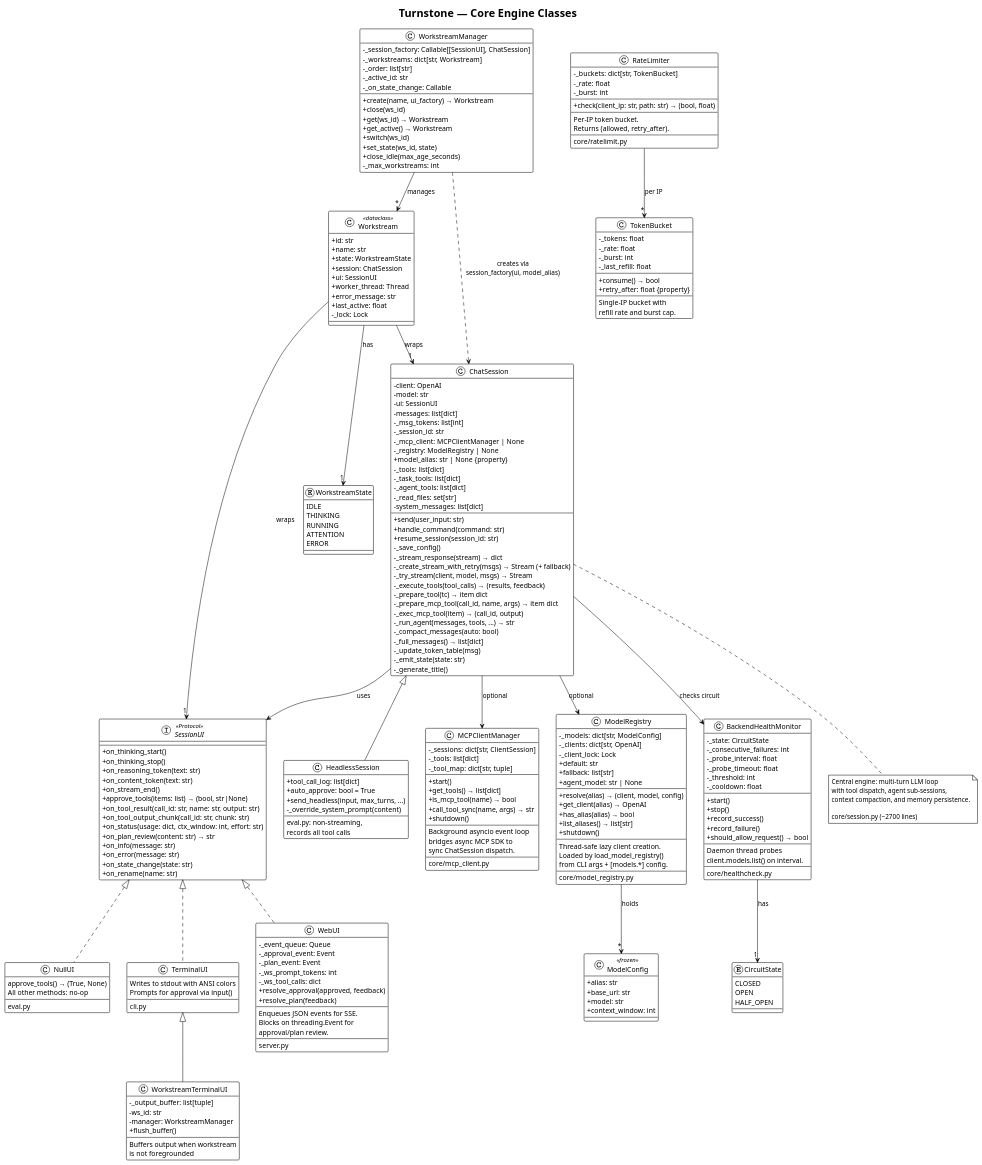
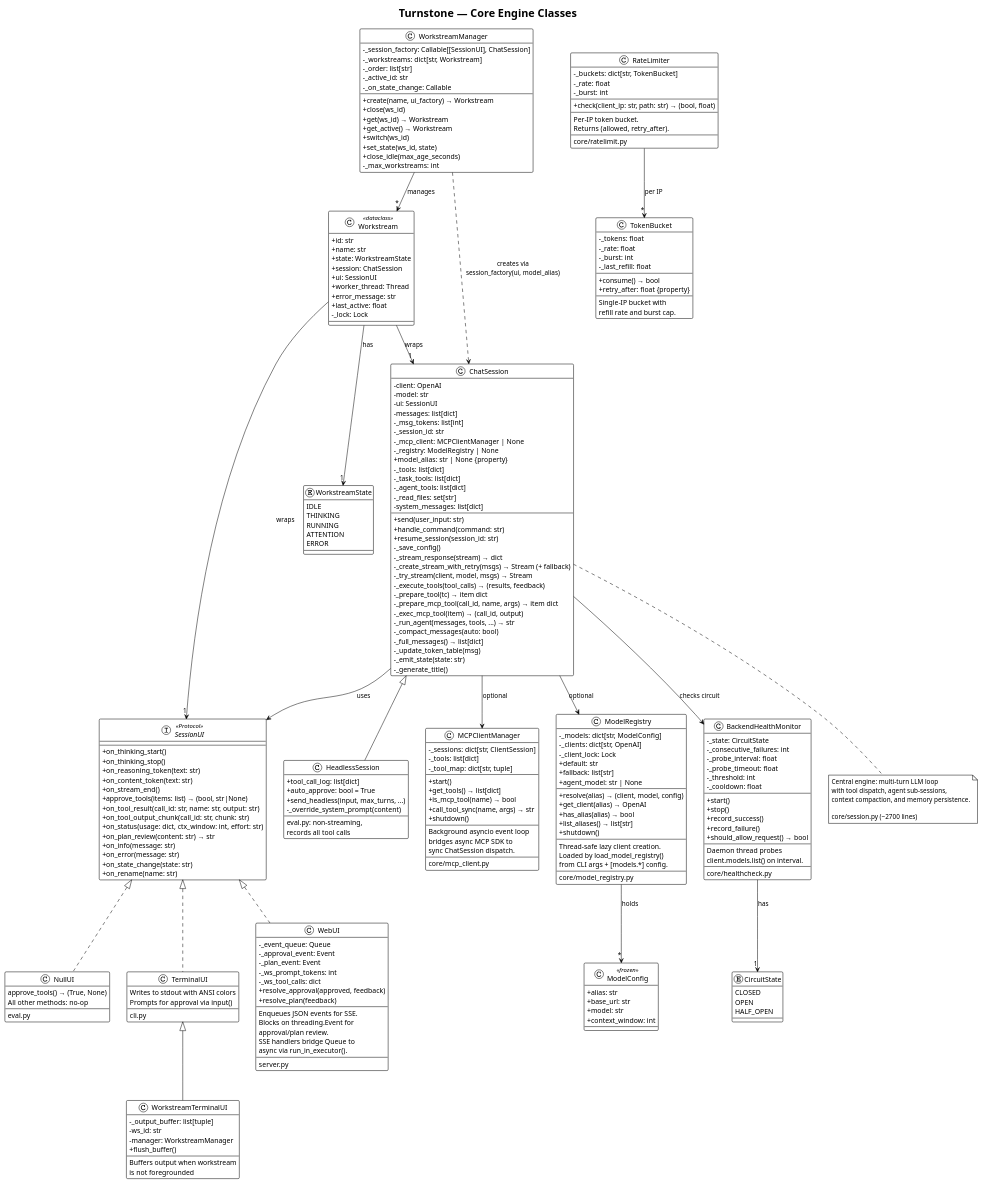
One commit to turnstonelabs/turnstone changed the diagram in docs/diagrams/03-core-engine-classes.puml. Above: the diagram before and after it, drawn with PlantUML. The commit also changed 13 other files, not shown here.

```diff
--- a/docs/diagrams/03-core-engine-classes.puml
+++ b/docs/diagrams/03-core-engine-classes.puml
@@ -52,6 +52,8 @@
     Enqueues JSON events for SSE.
     Blocks on threading.Event for
     approval/plan review.
+    SSE handlers bridge Queue to
+    async via run_in_executor().
     --
     server.py
 }
```
